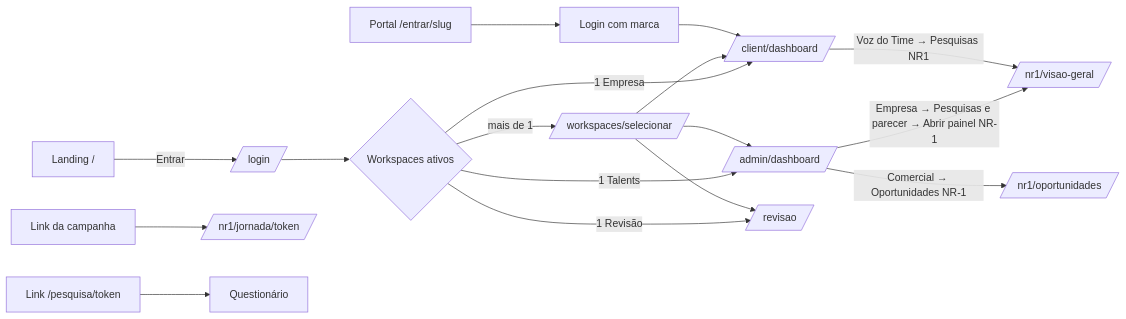
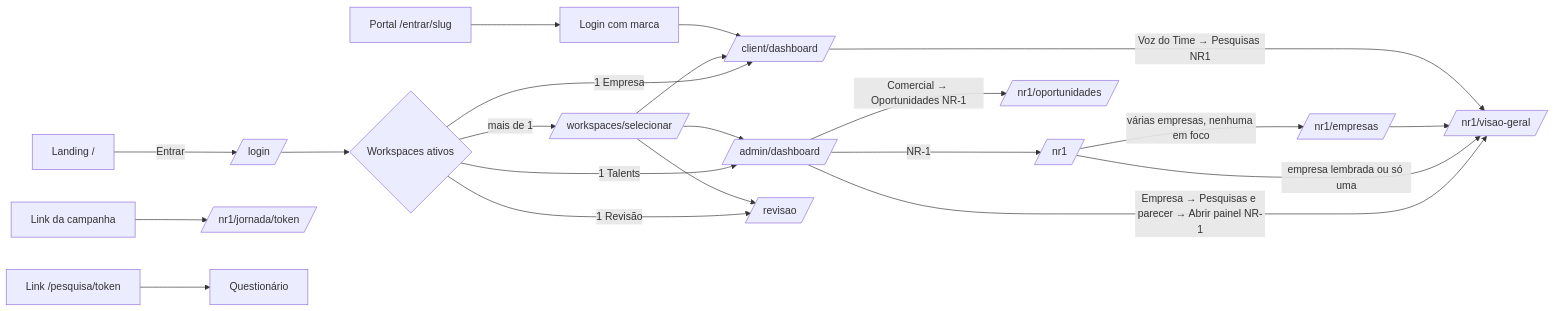
The first of 4 diagrams in PRD.md (Talents-Gestao/talents), drawn with Mermaid before and after one commit. The commit also changed other lines of this file and 37 other files, not shown here.

````diff
--- a/PRD.md
+++ b/PRD.md
@@ -358,17 +358,21 @@
 ```mermaid
 flowchart LR
     L[Landing /] -->|Entrar| LOGIN[/login/]
     P[Portal /entrar/slug] --> LOGIN2[Login com marca]
     LOGIN --> WS{Workspaces ativos}
     WS -->|1 Talents| ADM[/admin/dashboard/]
     WS -->|1 Empresa| CLI[/client/dashboard/]
     WS -->|1 Revisão| REV[/revisao/]
     WS -->|mais de 1| SEL[/workspaces/selecionar/]
     SEL --> ADM & CLI & REV
     LOGIN2 --> CLI
     ADM -->|Empresa → Pesquisas e parecer → Abrir painel NR-1| NR1[/nr1/visao-geral/]
+    ADM -->|NR-1| NR1I[/nr1/]
+    NR1I -->|empresa lembrada ou só uma| NR1
+    NR1I -->|várias empresas, nenhuma em foco| NR1E[/nr1/empresas/]
+    NR1E --> NR1
     ADM -->|Comercial → Oportunidades NR-1| NR1O[/nr1/oportunidades/]
     CLI -->|Voz do Time → Pesquisas NR1| NR1
     LINK[Link da campanha] --> JOR[/nr1/jornada/token/]
     LINK2[Link /pesquisa/token] --> SURV[Questionário]
 ```
````
